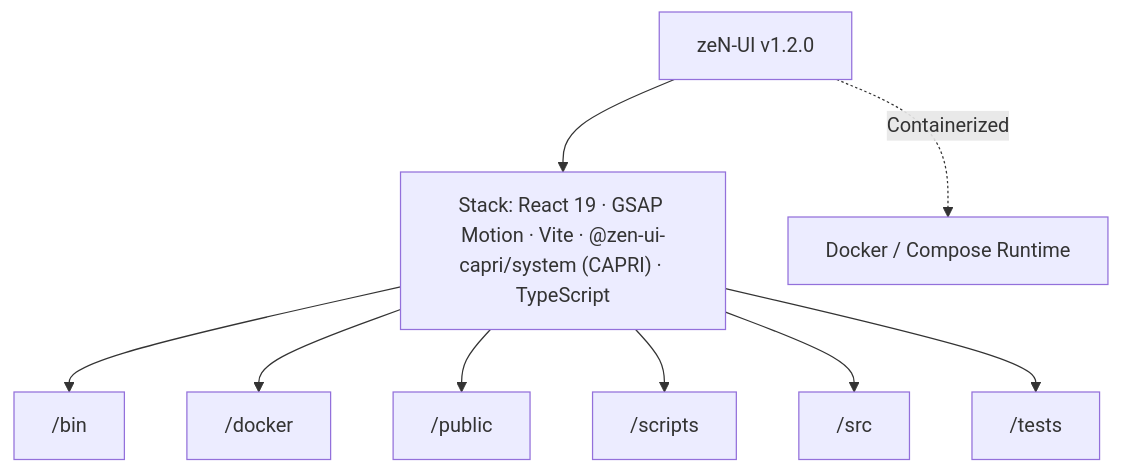
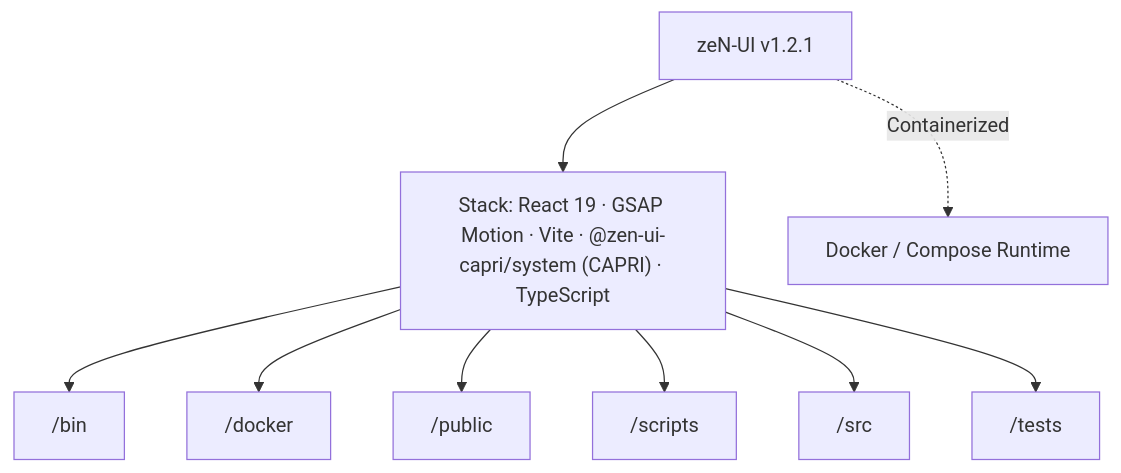
The diagram in docs/CAPRI-ARCHITECTURE.md (lukaspabst/zeN-UI), drawn with Mermaid before and after one commit. The commit also changed other lines of this file and 19 other files, not shown here.

````diff
--- a/docs/CAPRI-ARCHITECTURE.md
+++ b/docs/CAPRI-ARCHITECTURE.md
@@ -27,20 +27,20 @@
 ```mermaid
 flowchart TD
-  Repo["zeN-UI v1.2.0"]
+  Repo["zeN-UI v1.2.1"]
   Stack["Stack: React 19 · GSAP Motion · Vite · @zen-ui-capri/system (CAPRI) · TypeScript"]
   Repo --> Stack
   N0_bin["/bin"]
   Stack --> N0_bin
   N1_docker["/docker"]
   Stack --> N1_docker
   N2_public["/public"]
   Stack --> N2_public
   N3_scripts["/scripts"]
   Stack --> N3_scripts
   N4_src["/src"]
   Stack --> N4_src
   N5_tests["/tests"]
   Stack --> N5_tests
   Docker["Docker / Compose Runtime"]
   Repo -.->|"Containerized"| Docker
 ```
````
